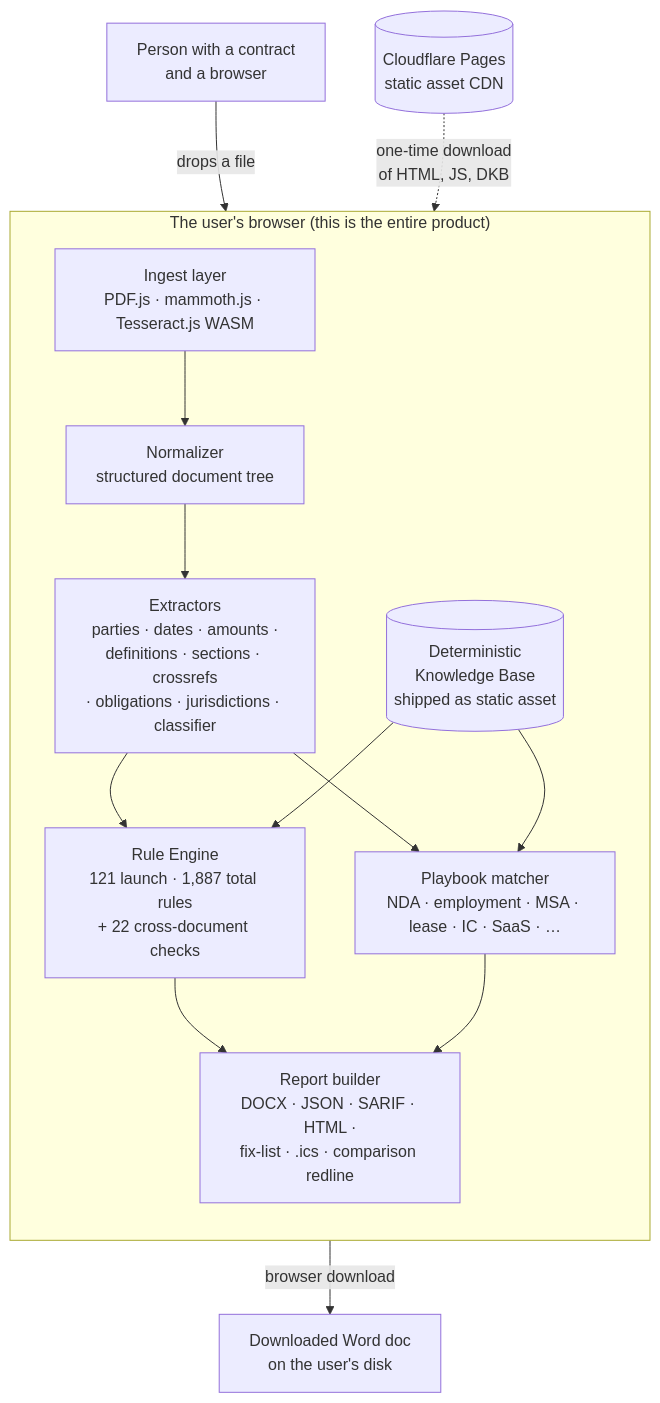
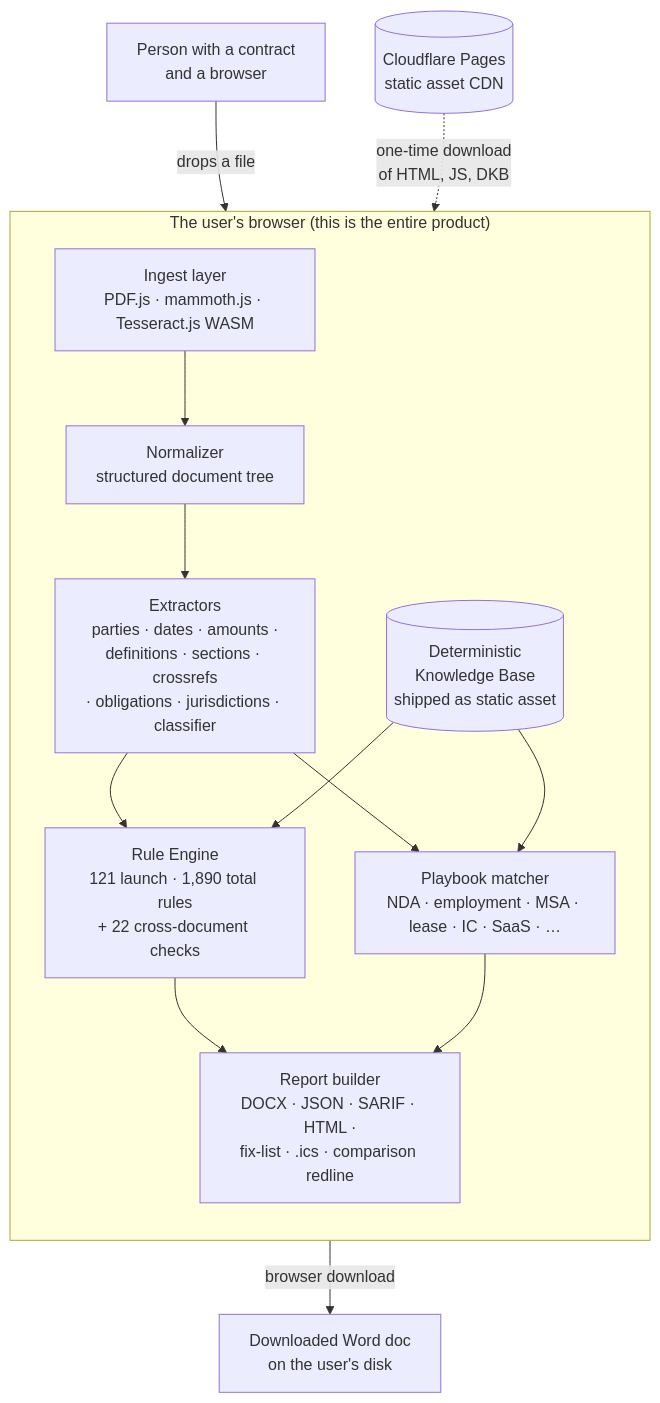
Before and after one commit to clay-good/vaulytica: the diagram in docs/architecture.md, drawn with Mermaid. The commit also changed other lines of this file and 397 other files, not shown here.

````diff
--- a/docs/architecture.md
+++ b/docs/architecture.md
@@ -5,28 +5,28 @@
 ```mermaid
 flowchart TB
     user[Person with a contract<br/>and a browser]
 
     subgraph browser["The user's browser (this is the entire product)"]
         direction TB
         ingest[Ingest layer<br/>PDF.js · mammoth.js · Tesseract.js WASM]
         normalize[Normalizer<br/>structured document tree]
         extract[Extractors<br/>parties · dates · amounts ·<br/>definitions · sections · crossrefs<br/>· obligations · jurisdictions · classifier]
-        engine[Rule Engine<br/>121 launch · 1,887 total rules<br/>+ 22 cross-document checks]
+        engine[Rule Engine<br/>121 launch · 1,890 total rules<br/>+ 22 cross-document checks]
         playbook[Playbook matcher<br/>NDA · employment · MSA · lease · IC · SaaS · …]
         dkb[(Deterministic<br/>Knowledge Base<br/>shipped as static asset)]
         report[Report builder<br/>DOCX · JSON · SARIF · HTML ·<br/>fix-list · .ics · comparison redline]
     end
 
     cdn[(Cloudflare Pages<br/>static asset CDN)]
     download[Downloaded Word doc<br/>on the user's disk]
 
     user -- "drops a file" --> ingest
     cdn -. "one-time download<br/>of HTML, JS, DKB" .-> browser
     ingest --> normalize --> extract --> engine
     extract --> playbook
     dkb --> engine
     dkb --> playbook
     engine --> report
     playbook --> report
     report -- "browser download" --> download
 ```
````
